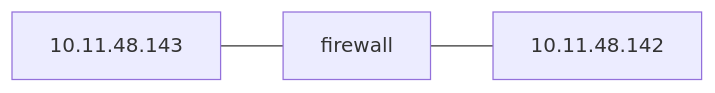
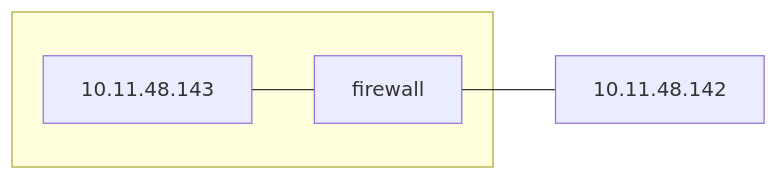
The diagram in 3/3.1/lsi/practica/lsi-p3.md (Adega318/uni-apuntes), drawn with Mermaid before and after one commit. The commit also changed other lines of this file, not shown here.

Commit message:
vault backup: 2023-11-28 08:46:48

````diff
--- a/3/3.1/lsi/practica/lsi-p3.md
+++ b/3/3.1/lsi/practica/lsi-p3.md
@@ -104,4 +84,8 @@
 ```mermaid
 flowchart LR
-a[10.11.48.143]---b[firewall]---c[10.11.48.142]
+subgraph \n
+	b[firewall]
+	a[10.11.48.143]
+end
+a---b---c[10.11.48.142]
 ```
````
